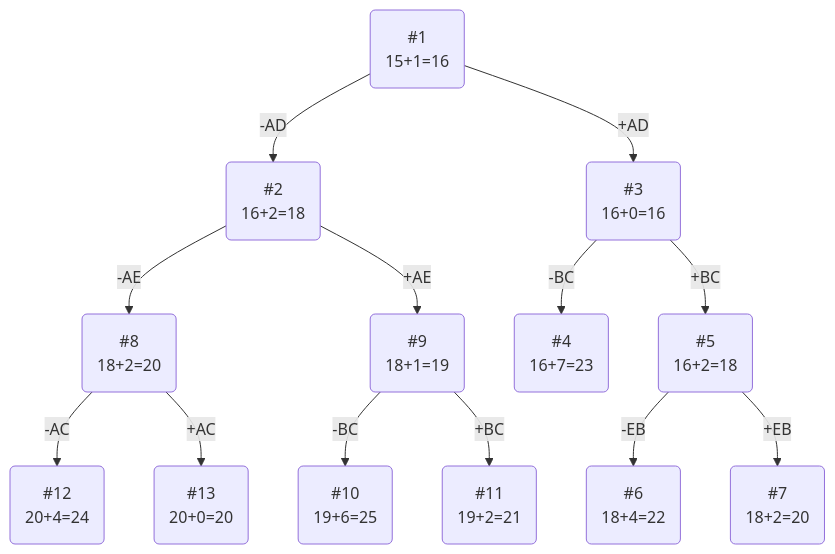
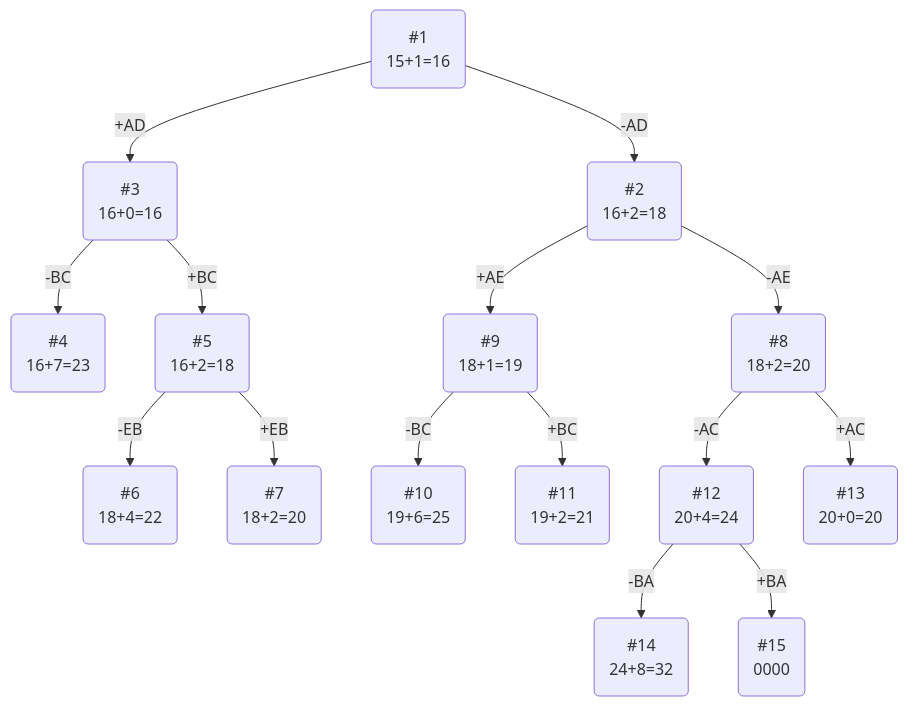
Before and after one commit to HSE-algo-23-crow/manual_tasks: the diagram in task_20/citrine.md, drawn with Mermaid. The commit also changed other lines of this file, not shown here.

````diff
--- a/task_20/citrine.md
+++ b/task_20/citrine.md
@@ -78,15 +78,17 @@
 ```mermaid
 graph TB
     1(#1\n15+1=16)-->|-AD|2(#2\n16+2=18)
     1-->|+AD|3(#3\n16+0=16)
     3-->|-BC|4(#4\n16+7=23)
     3-->|+BC|5(#5\n16+2=18)
     5-->|-EB|6(#6\n18+4=22)
     5-->|+EB|7(#7\n18+2=20)
     2-->|-AE|8(#8\n18+2=20)
     2-->|+AE|9(#9\n18+1=19)
     9-->|-BC|10(#10\n19+6=25)
     9-->|+BC|11(#11\n19+2=21)
     8-->|-AC|12(#12\n20+4=24)
     8-->|+AC|13(#13\n20+0=20)
+    12-->|-BA|14(#14\n24+8=32)
+    12-->|+BA|15(#15\n0000)
 ```
````
